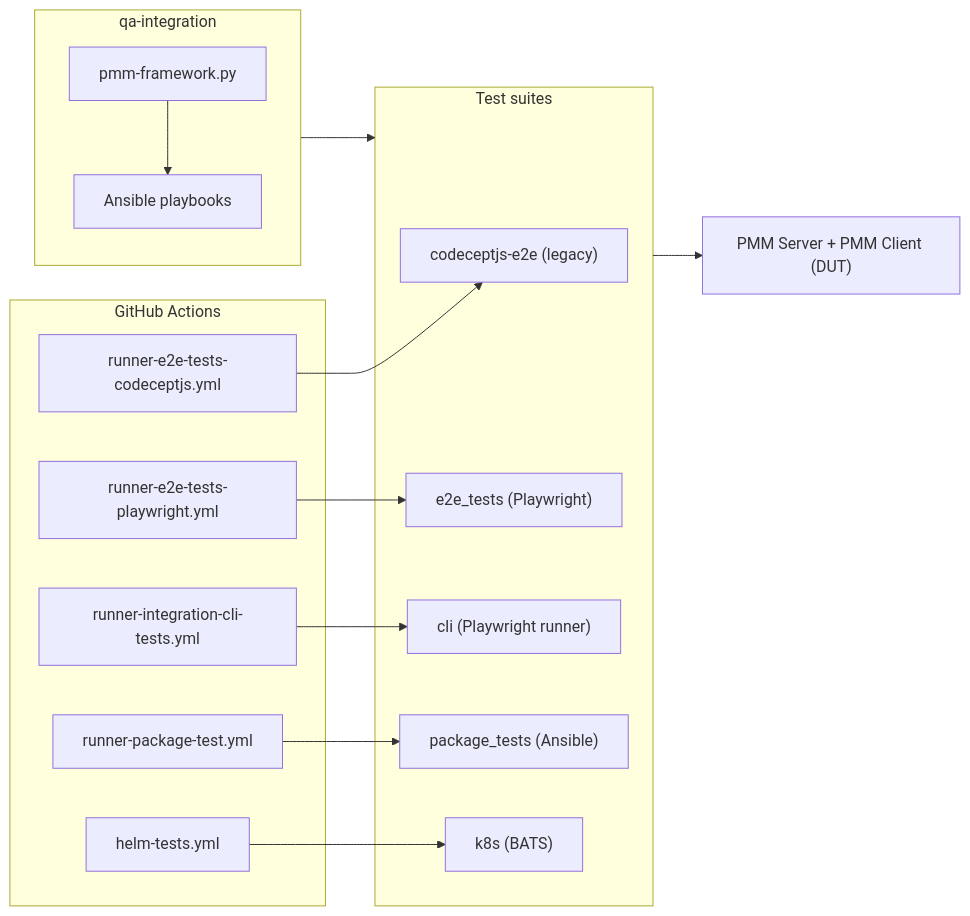
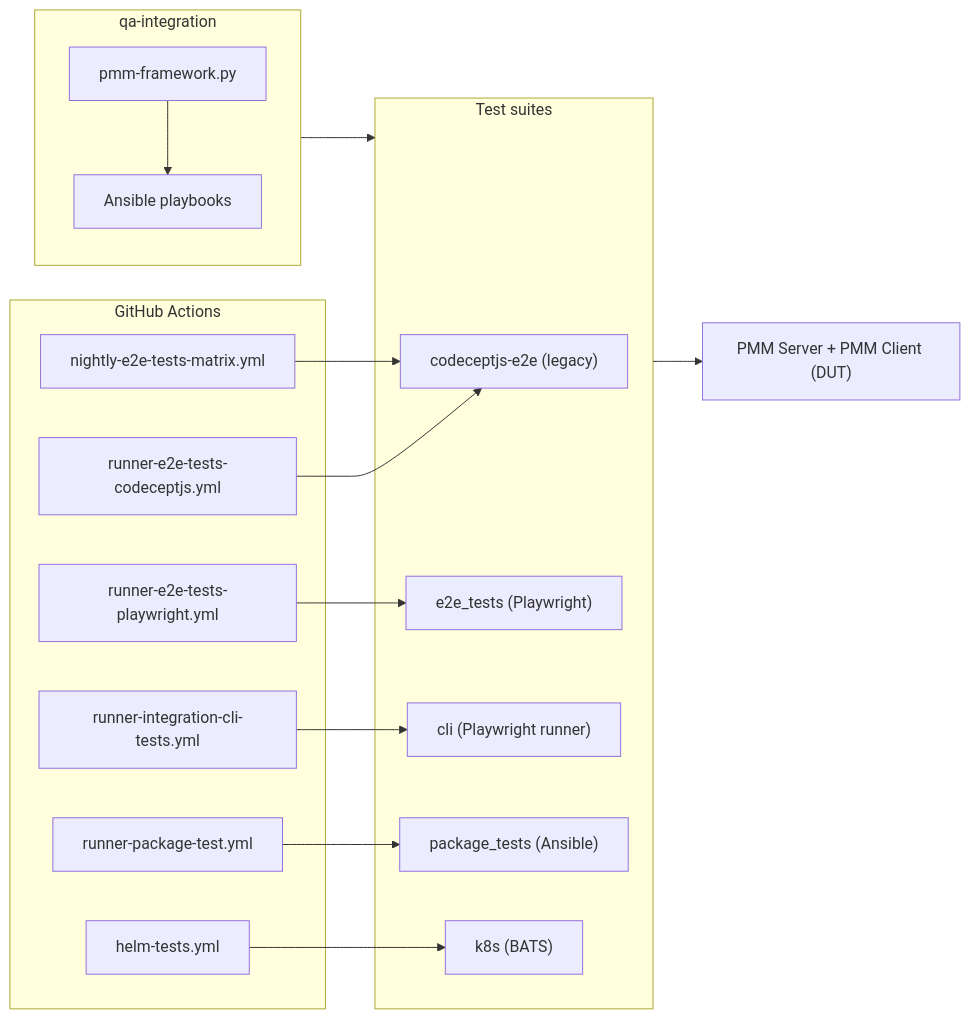
Before and after one commit to percona/pmm-qa: the diagram in AGENTS.md, drawn with Mermaid. The commit also changed other lines of this file and 3 other files, not shown here.

````diff
--- a/AGENTS.md
+++ b/AGENTS.md
@@ -41,32 +48,34 @@
 ```mermaid
 flowchart LR
     subgraph Drivers["GitHub Actions"]
         ghaCjs["runner-e2e-tests-codeceptjs.yml"]
         ghaPw["runner-e2e-tests-playwright.yml"]
         ghaCli["runner-integration-cli-tests.yml"]
         ghaPkg["runner-package-test.yml"]
         ghaHelm["helm-tests.yml"]
+        ghaNightly["nightly-e2e-tests-matrix.yml"]
     end
 
     subgraph Setup["qa-integration"]
         framework["pmm-framework.py"]
         ansible["Ansible playbooks"]
         framework --> ansible
     end
 
     subgraph Suites["Test suites"]
         cjs["codeceptjs-e2e (legacy)"]
         e2e["e2e_tests (Playwright)"]
         cli["cli (Playwright runner)"]
         pkg["package_tests (Ansible)"]
         helm["k8s (BATS)"]
     end
 
     Setup --> Suites
     ghaCjs --> cjs
     ghaPw --> e2e
     ghaCli --> cli
     ghaPkg --> pkg
     ghaHelm --> helm
+    ghaNightly --> cjs
     Suites --> DUT["PMM Server + PMM Client (DUT)"]
 ```
````
